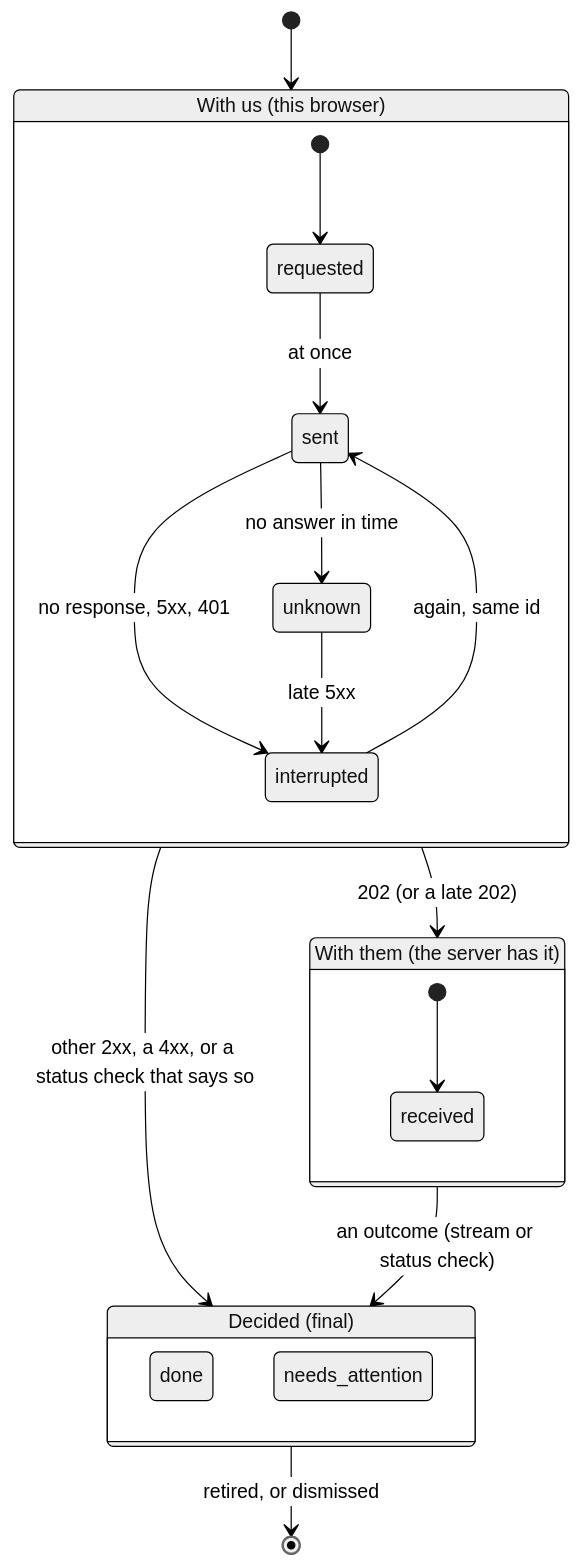
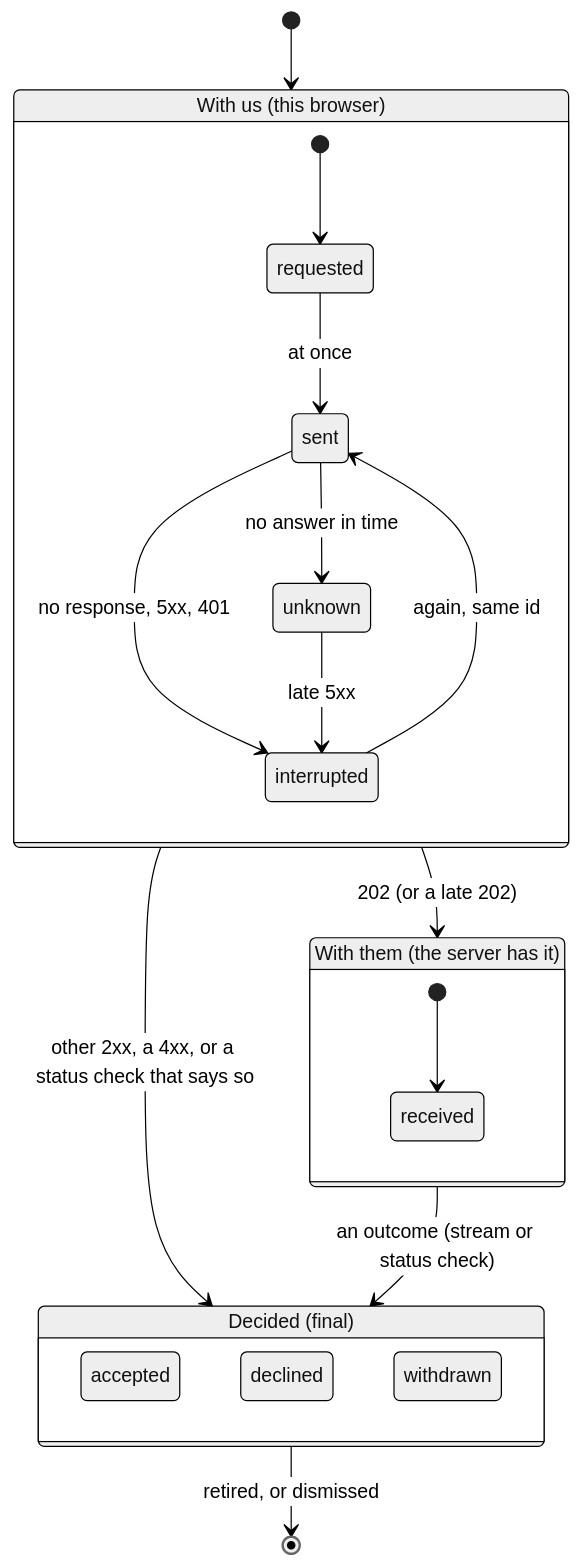
Before and after one commit to hypertheory-labs/stellar-intents: the diagram in docs/PROTOCOL.md, drawn with Mermaid (neutral theme). The commit also changed other lines of this file and 2 other files, not shown here.

First line of the commit message:
Docs: one final state, and what withdrawn means

````diff
--- a/docs/PROTOCOL.md
+++ b/docs/PROTOCOL.md
@@ -47,23 +47,24 @@
 ```mermaid
 stateDiagram-v2
     state "With us (this browser)" as us {
         [*] --> requested
         requested --> sent: at once
         sent --> unknown: no answer in time
         sent --> interrupted: no response, 5xx, 401
         unknown --> interrupted: late 5xx
         interrupted --> sent: again, same id
     }
     state "With them (the server has it)" as them {
         [*] --> received
     }
     state "Decided (final)" as decided {
-        done
-        needs_attention
+        accepted
+        declined
+        withdrawn
     }
     [*] --> us
     us --> them: 202 (or a late 202)
     us --> decided: other 2xx, a 4xx, or a status check that says so
     them --> decided: an outcome (stream or status check)
     decided --> [*]: retired, or dismissed
 ```
````
